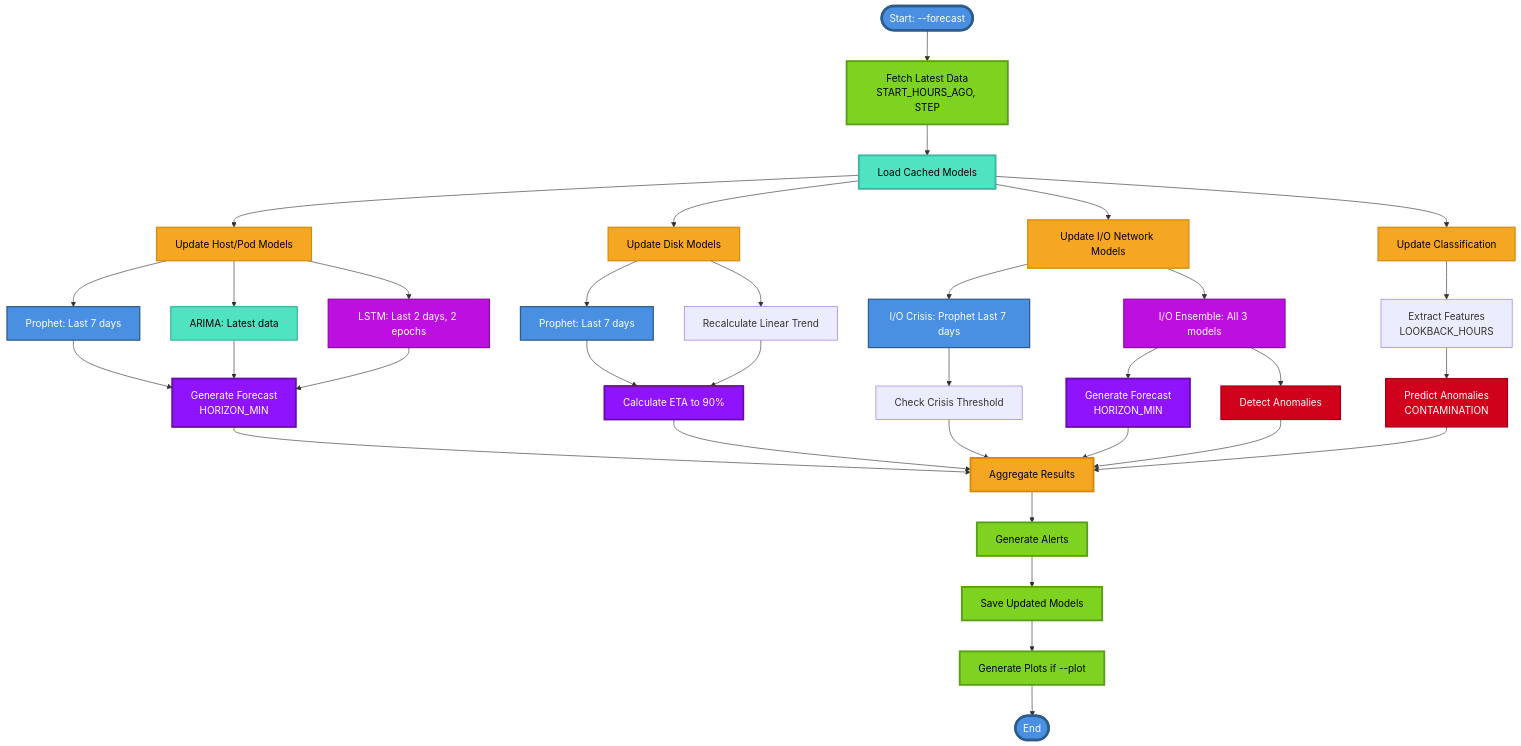
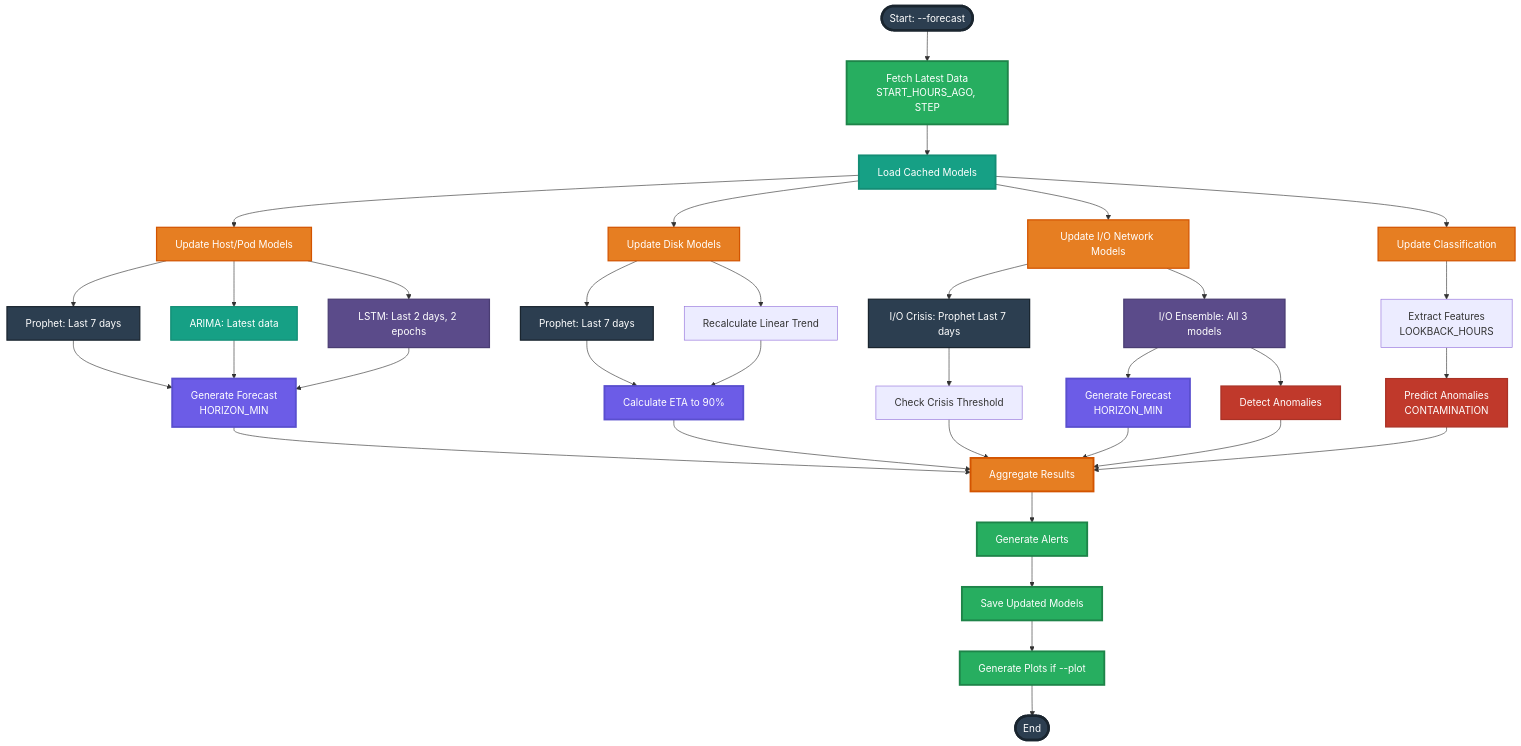
The sixth of 11 diagrams in Docs/VISUAL_ARCHITECTURE_GUIDE.md (k8sautom8/metrics-ml), drawn with Mermaid before and after one commit. The commit also changed other lines of this file, not shown here.

````diff
--- a/Docs/VISUAL_ARCHITECTURE_GUIDE.md
+++ b/Docs/VISUAL_ARCHITECTURE_GUIDE.md
@@ -430,68 +431,68 @@
 ```mermaid
 flowchart TD
     Start([Start: --forecast]) --> Fetch[Fetch Latest Data<br/>START_HOURS_AGO, STEP]
     
     Fetch --> Load[Load Cached Models]
     
     Load --> UpdateHP[Update Host/Pod Models]
     Load --> UpdateDisk[Update Disk Models]
     Load --> UpdateIO[Update I/O Network Models]
     Load --> UpdateClass[Update Classification]
     
     UpdateHP --> HPProphet[Prophet: Last 7 days]
     UpdateHP --> HPARIMA[ARIMA: Latest data]
     UpdateHP --> HPLSTM[LSTM: Last 2 days, 2 epochs]
     HPProphet --> HPForecast[Generate Forecast<br/>HORIZON_MIN]
     HPARIMA --> HPForecast
     HPLSTM --> HPForecast
     
     UpdateDisk --> DiskProphet[Prophet: Last 7 days]
     UpdateDisk --> DiskLinear[Recalculate Linear Trend]
     DiskProphet --> DiskForecast[Calculate ETA to 90%]
     DiskLinear --> DiskForecast
     
     UpdateIO --> IOCrisis[I/O Crisis: Prophet Last 7 days]
     UpdateIO --> IOEnsemble[I/O Ensemble: All 3 models]
     IOCrisis --> IOCheck[Check Crisis Threshold]
     IOEnsemble --> IOForecast[Generate Forecast<br/>HORIZON_MIN]
     IOEnsemble --> IOAnomaly[Detect Anomalies]
     
     UpdateClass --> ClassFeat[Extract Features<br/>LOOKBACK_HOURS]
     ClassFeat --> ClassPredict[Predict Anomalies<br/>CONTAMINATION]
     
     HPForecast --> Aggregate[Aggregate Results]
     DiskForecast --> Aggregate
     IOCheck --> Aggregate
     IOForecast --> Aggregate
     IOAnomaly --> Aggregate
     ClassPredict --> Aggregate
     
     Aggregate --> Alerts[Generate Alerts]
     Alerts --> Save[Save Updated Models]
     Save --> Plots[Generate Plots if --plot]
     Plots --> End([End])
     
-    classDef startEnd fill:#4A90E2,stroke:#2E5C8A,stroke-width:4px,color:#fff
-    classDef dataFetch fill:#7ED321,stroke:#5A9F1A,stroke-width:3px,color:#000
-    classDef load fill:#50E3C2,stroke:#3AB89F,stroke-width:3px,color:#000
-    classDef update fill:#F5A623,stroke:#D68910,stroke-width:2px,color:#000
-    classDef prophet fill:#4A90E2,stroke:#2E5C8A,stroke-width:2px,color:#fff
-    classDef arima fill:#50E3C2,stroke:#3AB89F,stroke-width:2px,color:#000
-    classDef lstm fill:#BD10E0,stroke:#8B0DA8,stroke-width:2px,color:#fff
-    classDef forecast fill:#9013FE,stroke:#6A0DAD,stroke-width:3px,color:#fff
-    classDef anomaly fill:#D0021B,stroke:#A00115,stroke-width:2px,color:#fff
-    classDef aggregate fill:#F5A623,stroke:#D68910,stroke-width:3px,color:#000
-    classDef output fill:#7ED321,stroke:#5A9F1A,stroke-width:3px,color:#000
+    classDef startEnd fill:#2C3E50,stroke:#1A252F,stroke-width:4px,color:#fff
+    classDef dataFetch fill:#27AE60,stroke:#1E8449,stroke-width:3px,color:#fff
+    classDef load fill:#16A085,stroke:#138D75,stroke-width:3px,color:#fff
+    classDef update fill:#E67E22,stroke:#D35400,stroke-width:2px,color:#fff
+    classDef prophet fill:#2C3E50,stroke:#1A252F,stroke-width:2px,color:#fff
+    classDef arima fill:#16A085,stroke:#138D75,stroke-width:2px,color:#fff
+    classDef lstm fill:#5B4B8A,stroke:#4A3D73,stroke-width:2px,color:#fff
+    classDef forecast fill:#6C5CE7,stroke:#5A4FCF,stroke-width:3px,color:#fff
+    classDef anomaly fill:#C0392B,stroke:#A93226,stroke-width:2px,color:#fff
+    classDef aggregate fill:#E67E22,stroke:#D35400,stroke-width:3px,color:#fff
+    classDef output fill:#27AE60,stroke:#1E8449,stroke-width:3px,color:#fff
     
     class Start,End startEnd
     class Fetch dataFetch
     class Load load
     class UpdateHP,UpdateDisk,UpdateIO,UpdateClass update
     class HPProphet,DiskProphet,IOCrisis prophet
     class HPARIMA arima
     class HPLSTM,IOEnsemble lstm
     class HPForecast,DiskForecast,IOForecast forecast
     class IOAnomaly,ClassPredict anomaly
     class Aggregate aggregate
     class Alerts,Save,Plots output
 ```
````
